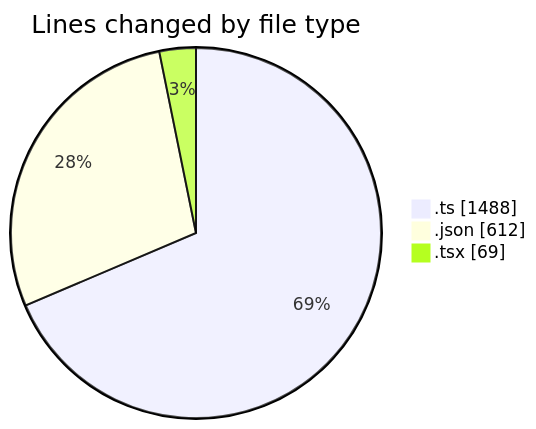
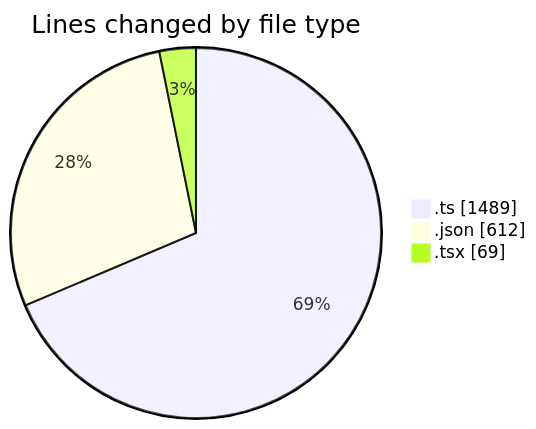
Before and after one commit to momahboobian/code-tracking: the first of 2 diagrams in 2025-10-22/cda/README.md, drawn with Mermaid. The commit also changed other lines of this file and 1 other file, not shown here.

````diff
--- a/2025-10-22/cda/README.md
+++ b/2025-10-22/cda/README.md
@@ -28,7 +28,7 @@
 ```mermaid
 pie showData
 title Lines changed by file type
-".ts" : 1488
+".ts" : 1489
 ".json" : 612
 ".tsx" : 69
 ```
````
